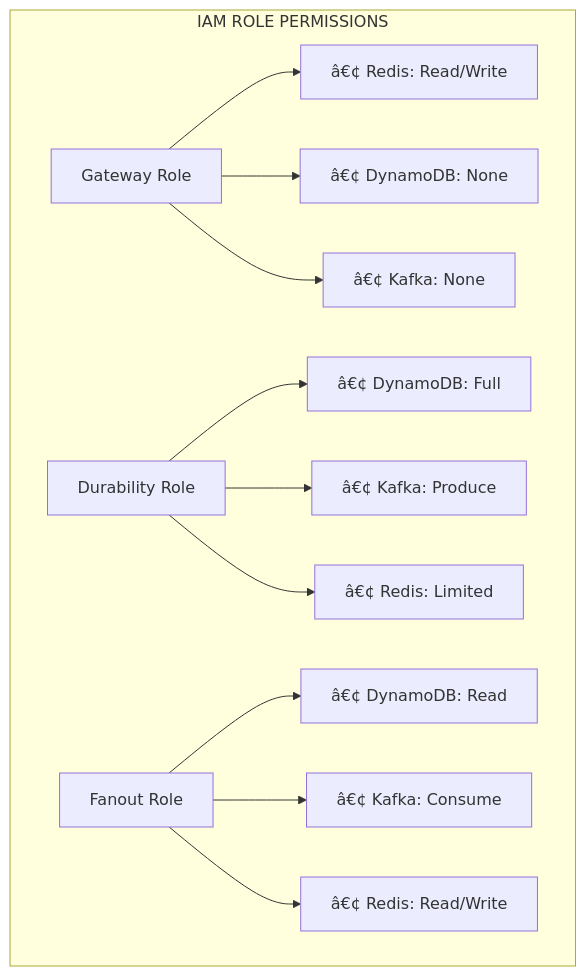
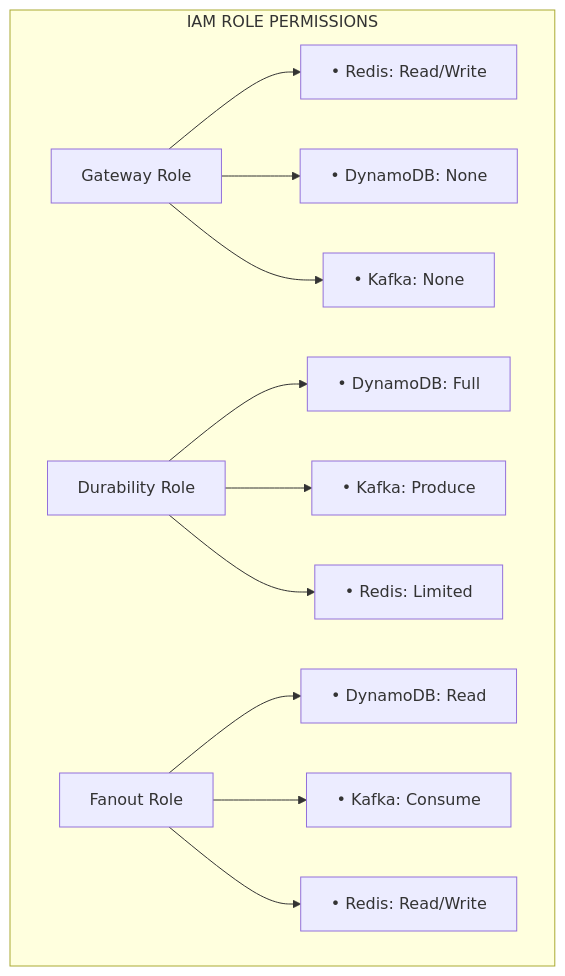
Diagram 11 of 13 in docs/ADR-013.md (ae-lexs/realtime-messaging-platform), drawn with Mermaid before and after one commit. The commit also changed other lines of this file and 4 other files, not shown here.

````diff
--- a/docs/ADR-013.md
+++ b/docs/ADR-013.md
@@ -918,29 +918,29 @@
 ```mermaid
 flowchart TB
     subgraph Roles["IAM ROLE PERMISSIONS"]
         GW["Gateway Role"]
-        GW1["â€¢ Redis: Read/Write"]
-        GW2["â€¢ DynamoDB: None"]
-        GW3["â€¢ Kafka: None"]
+        GW1["• Redis: Read/Write"]
+        GW2["• DynamoDB: None"]
+        GW3["• Kafka: None"]
         
         DP["Durability Role"]
-        DP1["â€¢ DynamoDB: Full"]
-        DP2["â€¢ Kafka: Produce"]
-        DP3["â€¢ Redis: Limited"]
+        DP1["• DynamoDB: Full"]
+        DP2["• Kafka: Produce"]
+        DP3["• Redis: Limited"]
         
         FP["Fanout Role"]
-        FP1["â€¢ DynamoDB: Read"]
-        FP2["â€¢ Kafka: Consume"]
-        FP3["â€¢ Redis: Read/Write"]
+        FP1["• DynamoDB: Read"]
+        FP2["• Kafka: Consume"]
+        FP3["• Redis: Read/Write"]
         
         GW --> GW1
         GW --> GW2
         GW --> GW3
         DP --> DP1
         DP --> DP2
         DP --> DP3
         FP --> FP1
         FP --> FP2
         FP --> FP3
     end
 ```
````
